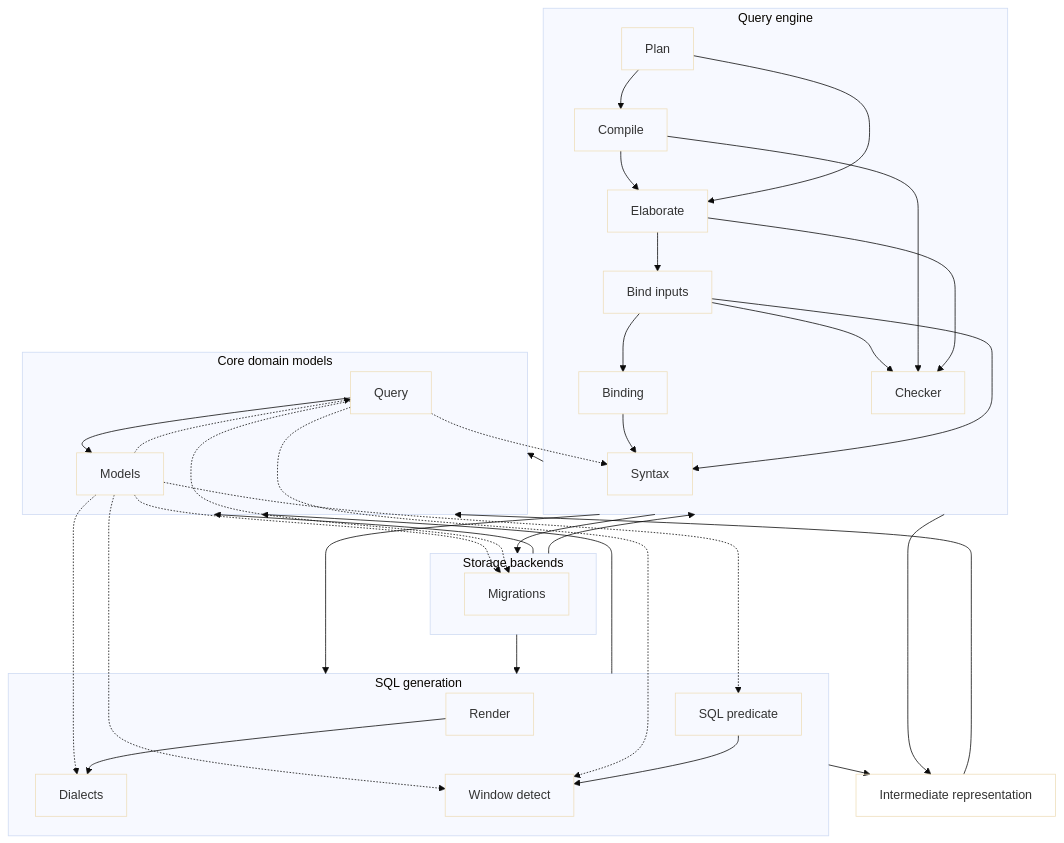
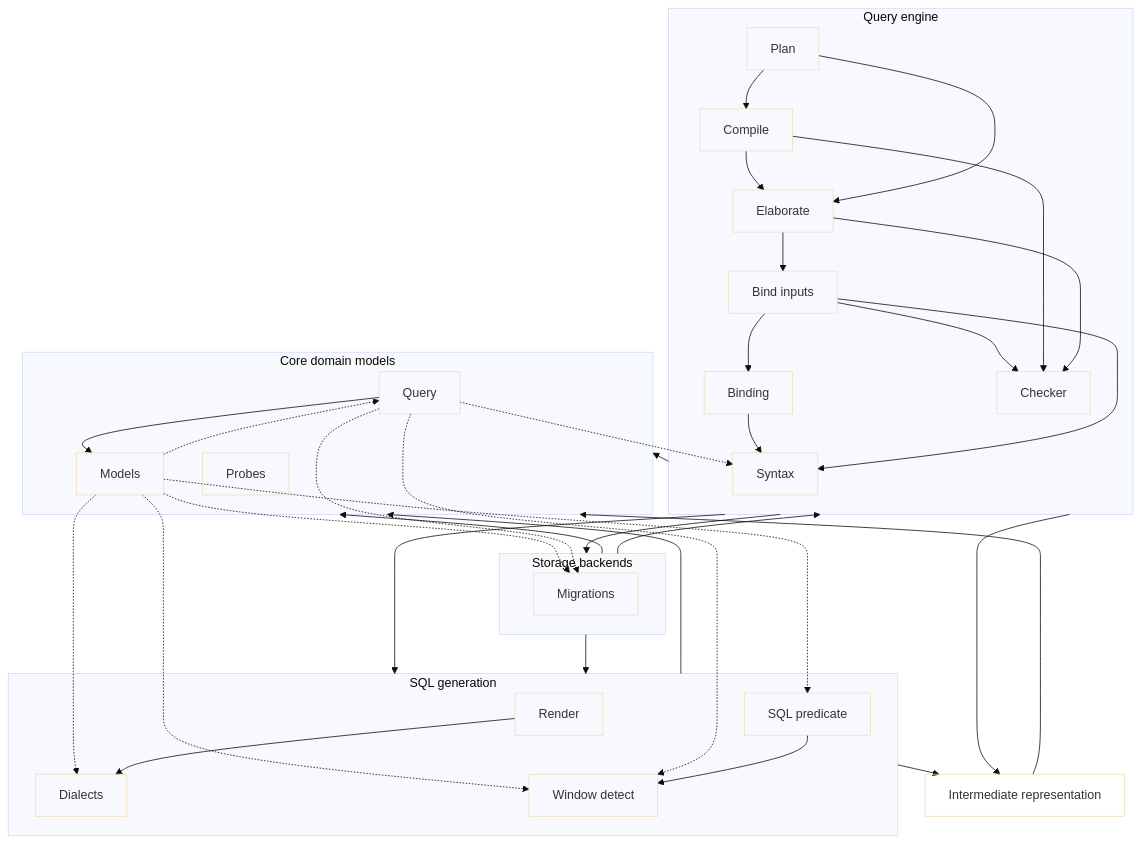
The first of 2 diagrams in architecture/python.engine.arc42.md (MotleyAI/slayer), drawn with Mermaid (base theme) before and after one commit. The commit also changed 6 other files, not shown here.

Commit message:
dev-2358: otel node, core.probes and their arrows in the architecture model

````diff
--- a/architecture/python.engine.arc42.md
+++ b/architecture/python.engine.arc42.md
@@ -15,60 +15,61 @@
 ```mermaid
 flowchart TD
   %% query_pipeline: Query pipeline
   subgraph core["Core domain models"]
     core__query["Query"]
     core__models["Models"]
+    core__probes["Probes"]
   end
   subgraph sql["SQL generation"]
     sql__render["Render"]
     sql__dialects["Dialects"]
     sql__sql_predicate["SQL predicate"]
     sql__window_detect["Window detect"]
   end
   subgraph engine["Query engine"]
     engine__syntax["Syntax"]
     engine__binding["Binding"]
     engine__bind_inputs["Bind inputs"]
     engine__elaborate_env["Checker"]
     engine__elaborate["Elaborate"]
     engine__compile["Compile"]
     engine__plan["Plan"]
   end
   ir["Intermediate representation"]
   subgraph storage["Storage backends"]
     storage__migrations["Migrations"]
   end
   core__query -.-> engine__syntax
   core__models -.-> sql__dialects
   core__models -.-> sql__sql_predicate
   core__models -.-> sql__window_detect
   core__query -.-> sql__window_detect
   core__models -.-> storage__migrations
   core__query -.-> storage__migrations
   core__models -.-> core__query
   core__query --> core__models
   sql__render --> sql__dialects
   sql__sql_predicate --> sql__window_detect
   engine__binding --> engine__syntax
   engine__bind_inputs --> engine__binding
   engine__bind_inputs --> engine__elaborate_env
   engine__bind_inputs --> engine__syntax
   engine__compile --> engine__elaborate
   engine__compile --> engine__elaborate_env
   engine__elaborate --> engine__bind_inputs
   engine__elaborate --> engine__elaborate_env
   engine__plan --> engine__compile
   engine__plan --> engine__elaborate
   engine --> core
   engine --> ir
   engine --> sql
   engine --> storage
   ir --> core
   sql --> core
   sql --> ir
   storage --> core
   storage --> engine
   storage --> sql
   classDef leaf fill:none;
-  class core__query,core__models,sql__render,sql__dialects,sql__sql_predicate,sql__window_detect,engine__syntax,engine__binding,engine__bind_inputs,engine__elaborate_env,engine__elaborate,engine__compile,engine__plan,ir,storage__migrations leaf;
+  class core__query,core__models,core__probes,sql__render,sql__dialects,sql__sql_predicate,sql__window_detect,engine__syntax,engine__binding,engine__bind_inputs,engine__elaborate_env,engine__elaborate,engine__compile,engine__plan,ir,storage__migrations leaf;
 ```
````
